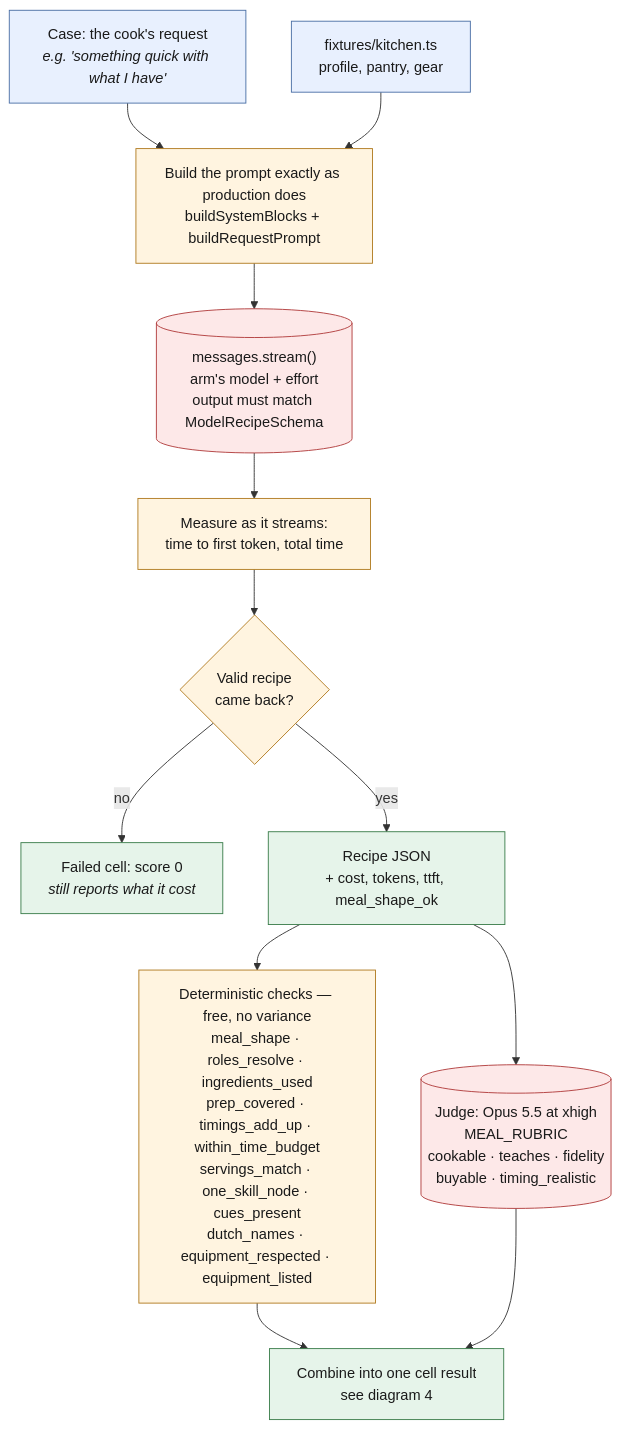
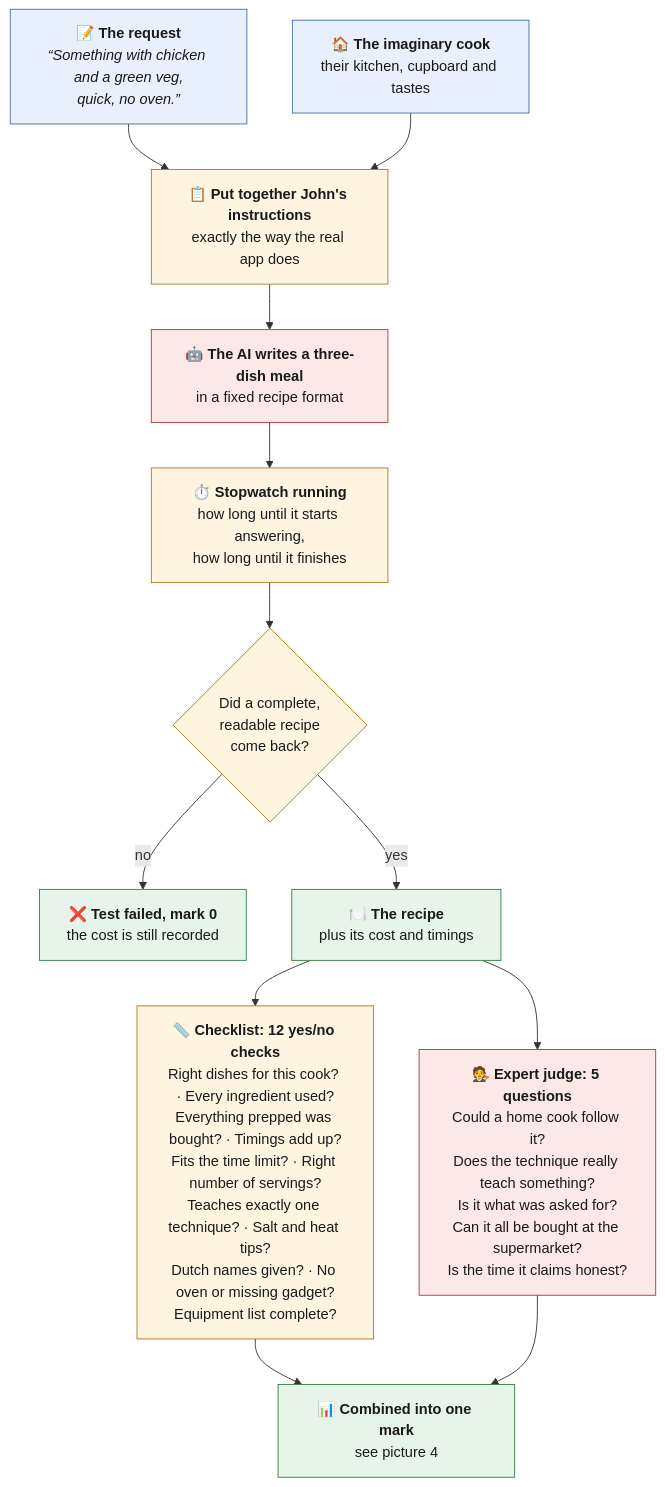
One commit to onedeeper/CookingOsEval changed the second of 4 diagrams in evals/DIAGRAM.md. Above: the diagram before and after it, drawn with Mermaid. The commit also changed other lines of this file and 1 other file, not shown here.

First line of the commit message:
Make the diagrams readable without a programming background

````diff
--- a/evals/DIAGRAM.md
+++ b/evals/DIAGRAM.md
@@ -77,33 +90,33 @@
 ```mermaid
 flowchart TD
-    REQ["Case: the cook's request<br/><i>e.g. 'something quick with what I have'</i>"]
-    KIT["fixtures/kitchen.ts<br/>profile, pantry, gear"]
-    BUILD["Build the prompt exactly as production does<br/>buildSystemBlocks + buildRequestPrompt"]
-    CALL[("messages.stream()<br/>arm's model + effort<br/>output must match ModelRecipeSchema")]
-    TIME["Measure as it streams:<br/>time to first token, total time"]
-    OK{"Valid recipe<br/>came back?"}
-    FAIL["Failed cell: score 0<br/><i>still reports what it cost</i>"]
-    RECIPE["Recipe JSON<br/>+ cost, tokens, ttft, meal_shape_ok"]
-    DET["Deterministic checks — free, no variance<br/>meal_shape · roles_resolve · ingredients_used<br/>prep_covered · timings_add_up · within_time_budget<br/>servings_match · one_skill_node · cues_present<br/>dutch_names · equipment_respected · equipment_listed"]
-    JDG[("Judge: Opus 5.5 at xhigh<br/>MEAL_RUBRIC<br/>cookable · teaches · fidelity<br/>buyable · timing_realistic")]
-    MERGE["Combine into one cell result<br/>see diagram 4"]
+    REQ["📝 <b>The request</b><br/><i>“Something with chicken and a green veg,<br/>quick, no oven.”</i>"]
+    KIT["🏠 <b>The imaginary cook</b><br/>their kitchen, cupboard and tastes"]
+    BUILD["📋 <b>Put together John's instructions</b><br/>exactly the way the real app does"]
+    CALL["🤖 <b>The AI writes a three-dish meal</b><br/>in a fixed recipe format"]
+    TIME["⏱️ <b>Stopwatch running</b><br/>how long until it starts answering,<br/>how long until it finishes"]
+    OK{"Did a complete,<br/>readable recipe<br/>come back?"}
+    FAIL["❌ <b>Test failed, mark 0</b><br/>the cost is still recorded"]
+    RECIPE["🍽️ <b>The recipe</b><br/>plus its cost and timings"]
+    DET["📏 <b>Checklist: 12 yes/no checks</b><br/>Right dishes for this cook? · Every ingredient used?<br/>Everything prepped was bought? · Timings add up?<br/>Fits the time limit? · Right number of servings?<br/>Teaches exactly one technique? · Salt and heat tips?<br/>Dutch names given? · No oven or missing gadget?<br/>Equipment list complete?"]
+    JDG["🧑‍⚖️ <b>Expert judge: 5 questions</b><br/>Could a home cook follow it?<br/>Does the technique really teach something?<br/>Is it what was asked for?<br/>Can it all be bought at the supermarket?<br/>Is the time it claims honest?"]
+    MERGE["📊 <b>Combined into one mark</b><br/>see picture 4"]
 
     REQ --> BUILD
     KIT --> BUILD
     BUILD --> CALL --> TIME --> OK
     OK -- no --> FAIL
     OK -- yes --> RECIPE
     RECIPE --> DET
     RECIPE --> JDG
     DET --> MERGE
     JDG --> MERGE
 
     classDef input fill:#e8f0fe,stroke:#4a6fa5,color:#1a1a1a
     classDef step fill:#fff4e0,stroke:#b07a1f,color:#1a1a1a
     classDef paid fill:#fde8e8,stroke:#b03a3a,color:#1a1a1a
     classDef output fill:#e6f4ea,stroke:#3a7d4a,color:#1a1a1a
     class REQ,KIT input
     class BUILD,TIME,OK,DET step
     class CALL,JDG paid
     class RECIPE,MERGE,FAIL output
 ```
````
